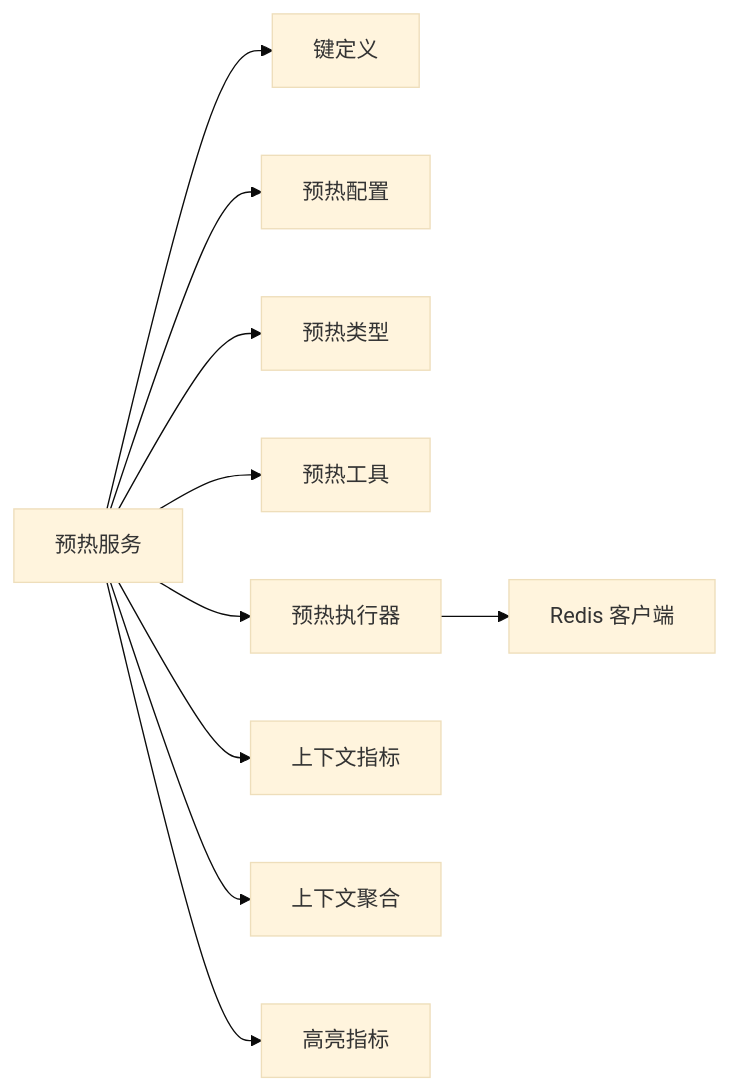
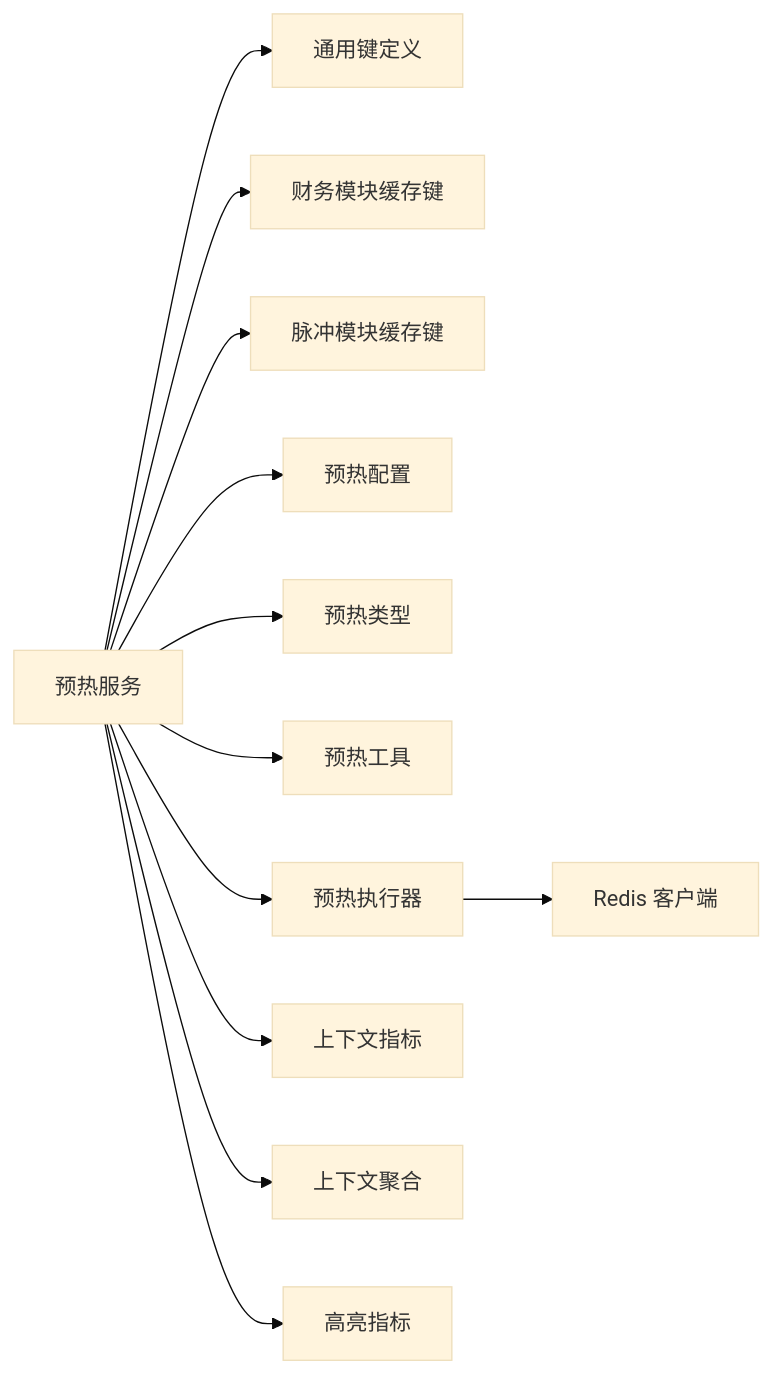
One commit to rc558620/purelyprofit-server changed the fourth of 4 diagrams in .qoder/repowiki/zh/content/缓存系统/缓存策略设计.md. Above: the diagram before and after it, drawn with Mermaid (base theme). The commit also changed other lines of this file and 65 other files, not shown here.

````diff
--- a/.qoder/repowiki/zh/content/缓存系统/缓存策略设计.md
+++ b/.qoder/repowiki/zh/content/缓存系统/缓存策略设计.md
@@ -267,12 +331,14 @@
 ```mermaid
 graph LR
-CPS["预热服务"] --> CK["键定义"]
+CPS["预热服务"] --> CK["通用键定义"]
+CPS --> FCK["财务模块缓存键"]
+CPS --> PCK["脉冲模块缓存键"]
 CPS --> CPC["预热配置"]
 CPS --> CPT["预热类型"]
 CPS --> CPU["预热工具"]
 CPS --> CPE["预热执行器"]
 CPE --> RS["Redis 客户端"]
 CPS --> RMACP["上下文指标"]
 CPS --> RMCPC["上下文聚合"]
 CPS --> RMHCP["高亮指标"]
 ```
````
